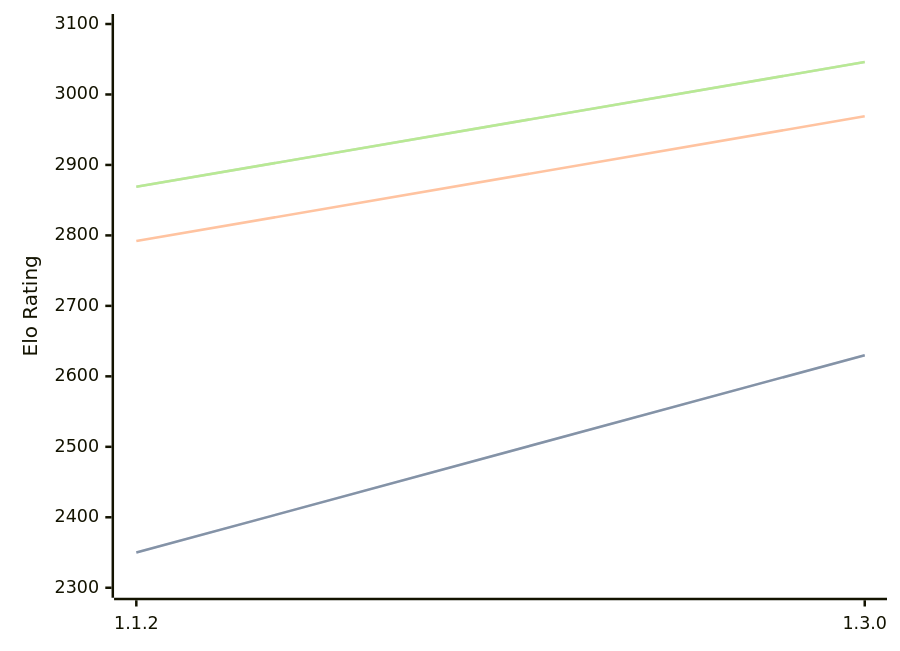
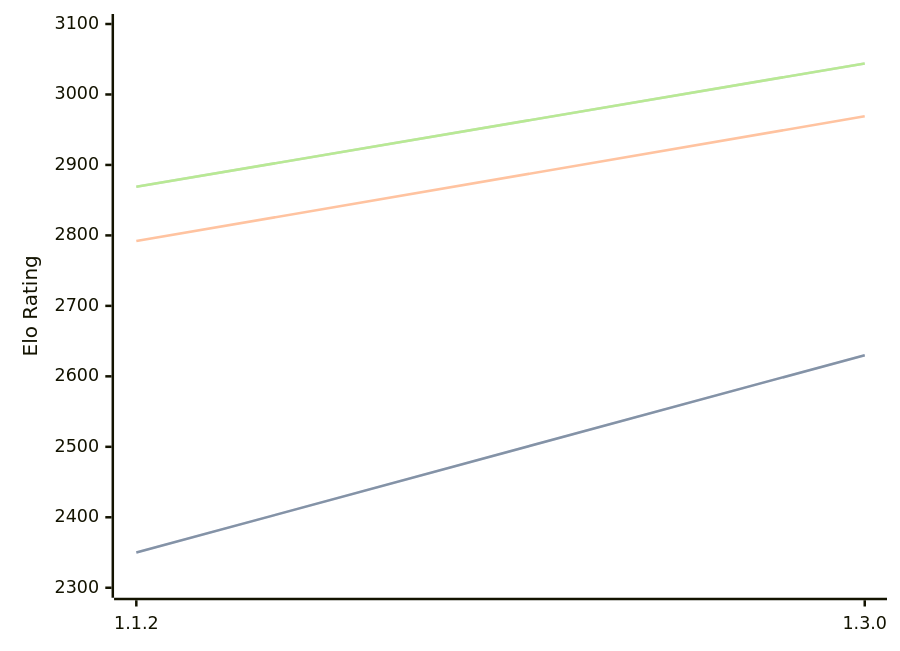
Before and after one commit to computer-chess-index/cci: the diagram in engines/Ember.md, drawn with Mermaid. The commit also changed other lines of this file, not shown here.

Commit message:
Update CCI Ratings (ELO VLTC) - 2026-09-18

````diff
--- a/engines/Ember.md
+++ b/engines/Ember.md
@@ -41,11 +41,11 @@
 ```mermaid
 %%{init: {"theme":"base","themeVariables":{"seriesColors:['#a3a3a3','#222221','#faa371']}}}%%
 xychart-beta
   x-axis ["1.1.2", "1.3.0"]
   y-axis "Elo Rating" 2300 --> 3100
   line "" [2350, 2630]
   line "STC (8.0+0.08s)" [2350, 2630]
   line "LTC (60.0+0.60s)" [2792, 2969]
-  line "" [2869, 3046]
-  line "VLTC (2m24s+1.12s)" [2869, 3046]
+  line "" [2869, 3044]
+  line "VLTC (2m24s+1.12s)" [2869, 3044]
 ```
````
